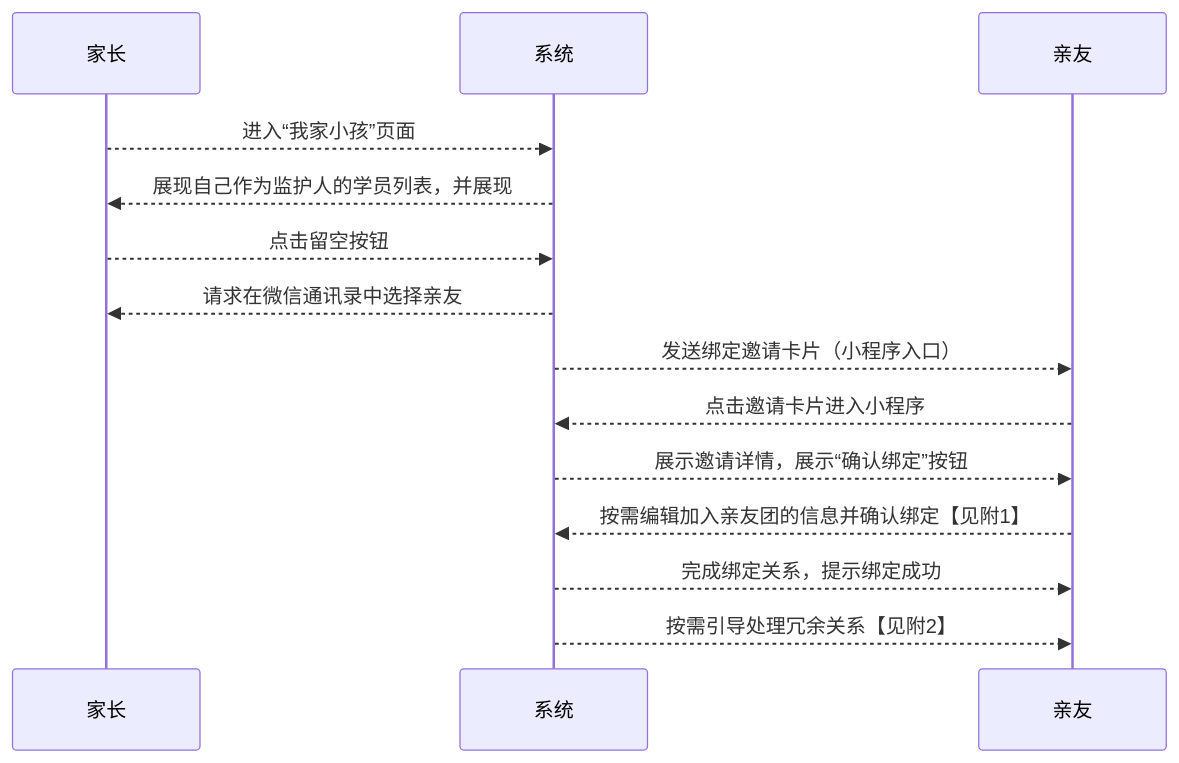
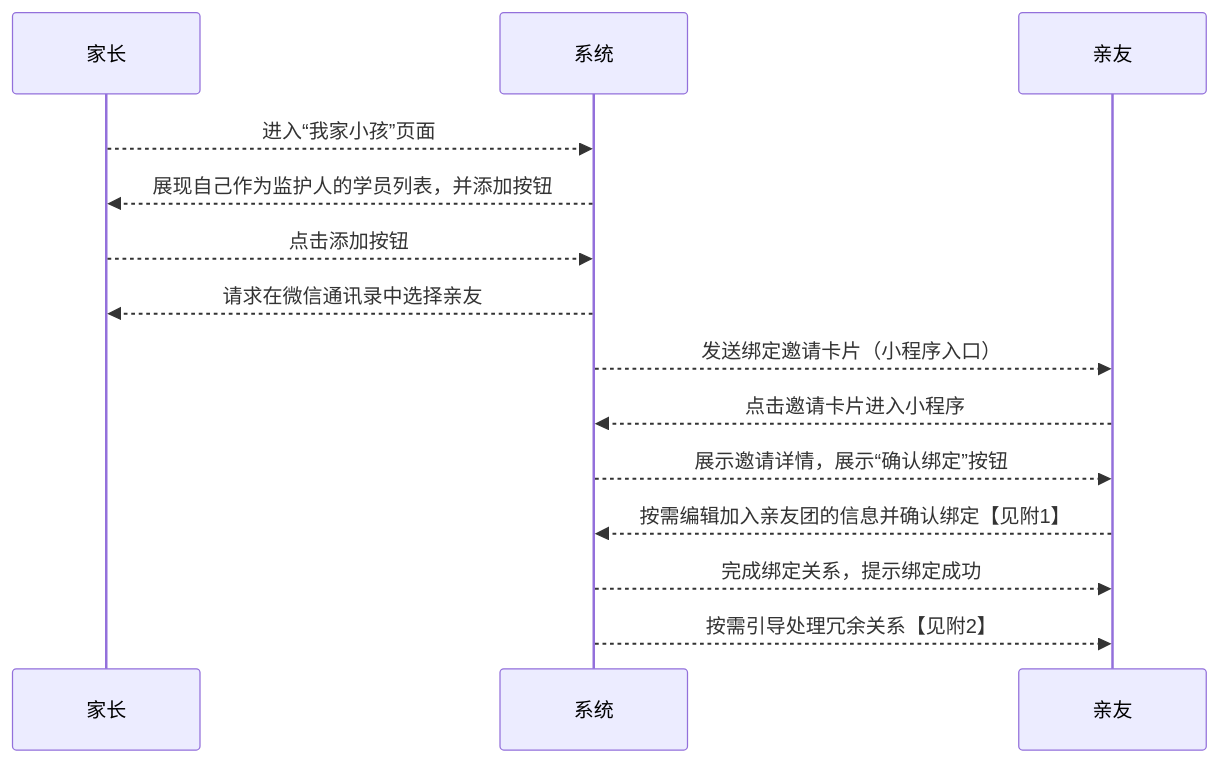
One commit to world-wide-web/sign changed the second of 2 diagrams in 用例/家长-学员关系绑定.md. Above: the diagram before and after it, drawn with Mermaid. The commit also changed other lines of this file, not shown here.

````diff
--- a/用例/家长-学员关系绑定.md
+++ b/用例/家长-学员关系绑定.md
@@ -41,24 +41,24 @@
 ```mermaid
 sequenceDiagram
 
 家长-->>系统: 进入“我家小孩”页面
 
-系统-->>家长: 展现自己作为监护人的学员列表，并展现
+系统-->>家长: 展现自己作为监护人的学员列表，并添加按钮
 
-家长-->>系统: 点击留空按钮
+家长-->>系统: 点击添加按钮
 
 系统-->>家长: 请求在微信通讯录中选择亲友
 
 系统-->>亲友: 发送绑定邀请卡片（小程序入口）
 
 亲友-->>系统: 点击邀请卡片进入小程序
 
 系统-->>亲友: 展示邀请详情，展示“确认绑定”按钮
 
 亲友-->>系统: 按需编辑加入亲友团的信息并确认绑定【见附1】
 
 系统-->>亲友: 完成绑定关系，提示绑定成功
 
 系统-->>亲友: 按需引导处理冗余关系【见附2】
 
 ```
````
